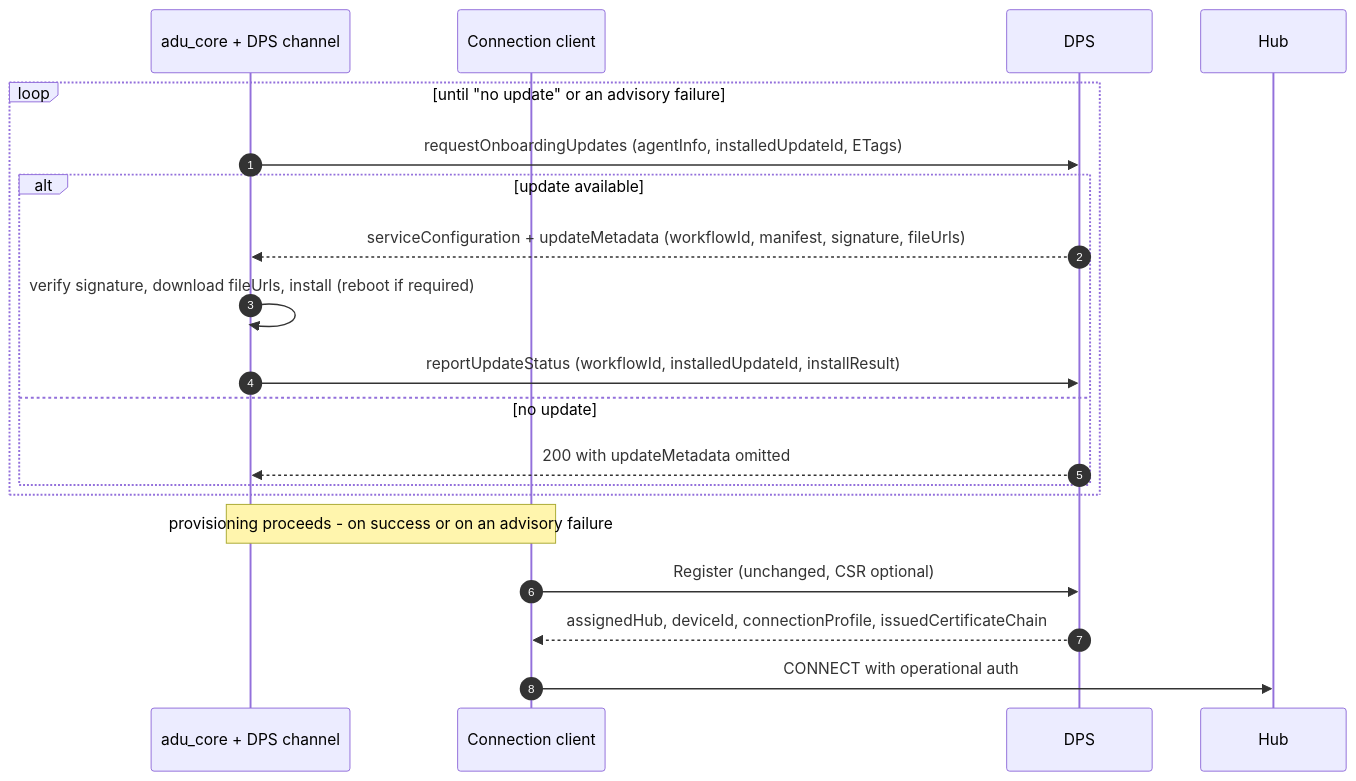
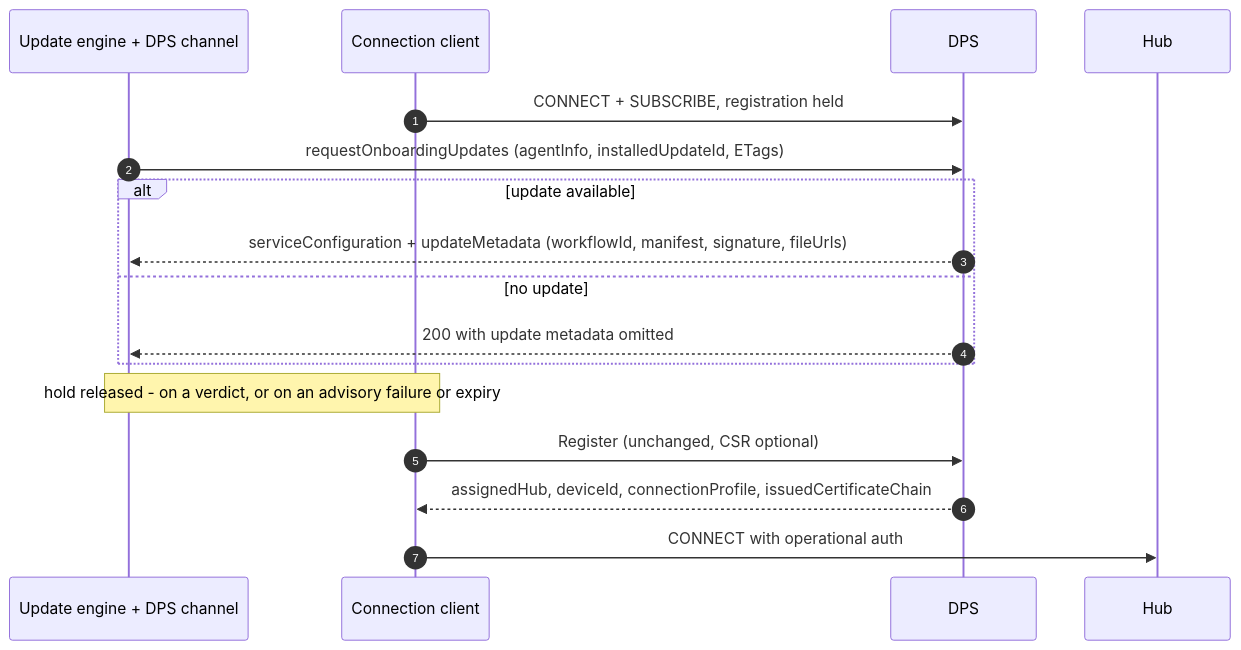
Before and after one commit to Azure/azure-iot-sdk: the seventh of 9 diagrams in c/docs/connection.md, drawn with Mermaid. The commit also changed other lines of this file, not shown here.

````diff
--- a/c/docs/connection.md
+++ b/c/docs/connection.md
@@ -516,24 +567,21 @@
 ```mermaid
 sequenceDiagram
     autonumber
-    participant ADU as adu_core + DPS channel
+    participant ADU as Update engine + DPS channel
     participant Conn as Connection client
     participant DPS
     participant Hub
 
-    loop until "no update" or an advisory failure
-        ADU->>DPS: requestOnboardingUpdates (agentInfo, installedUpdateId, ETags)
-        alt update available
-            DPS-->>ADU: serviceConfiguration + updateMetadata (workflowId, manifest, signature, fileUrls)
-            ADU->>ADU: verify signature, download fileUrls, install (reboot if required)
-            ADU->>DPS: reportUpdateStatus (workflowId, installedUpdateId, installResult)
-        else no update
-            DPS-->>ADU: 200 with updateMetadata omitted
-        end
+    Conn->>DPS: CONNECT + SUBSCRIBE, registration held
+    ADU->>DPS: requestOnboardingUpdates (agentInfo, installedUpdateId, ETags)
+    alt update available
+        DPS-->>ADU: serviceConfiguration + updateMetadata (workflowId, manifest, signature, fileUrls)
+    else no update
+        DPS-->>ADU: 200 with update metadata omitted
     end
 
-    Note over ADU,Conn: provisioning proceeds - on success or on an advisory failure
+    Note over ADU,Conn: hold released - on a verdict, or on an advisory failure or expiry
     Conn->>DPS: Register (unchanged, CSR optional)
     DPS-->>Conn: assignedHub, deviceId, connectionProfile, issuedCertificateChain
     Conn->>Hub: CONNECT with operational auth
 ```
````
